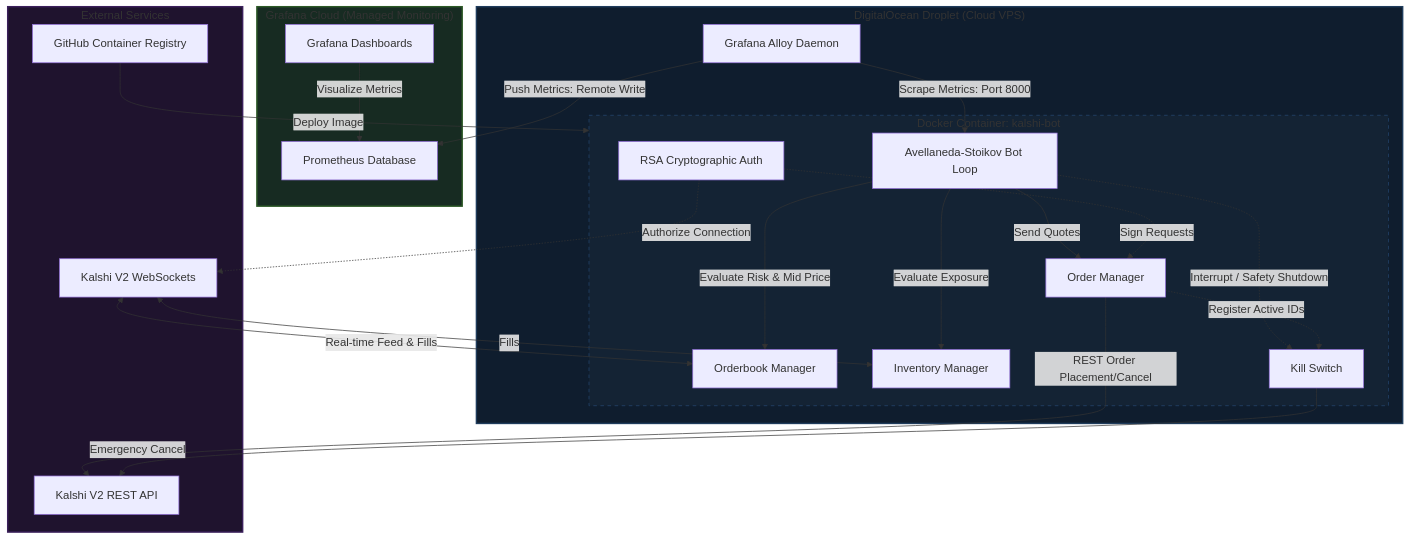
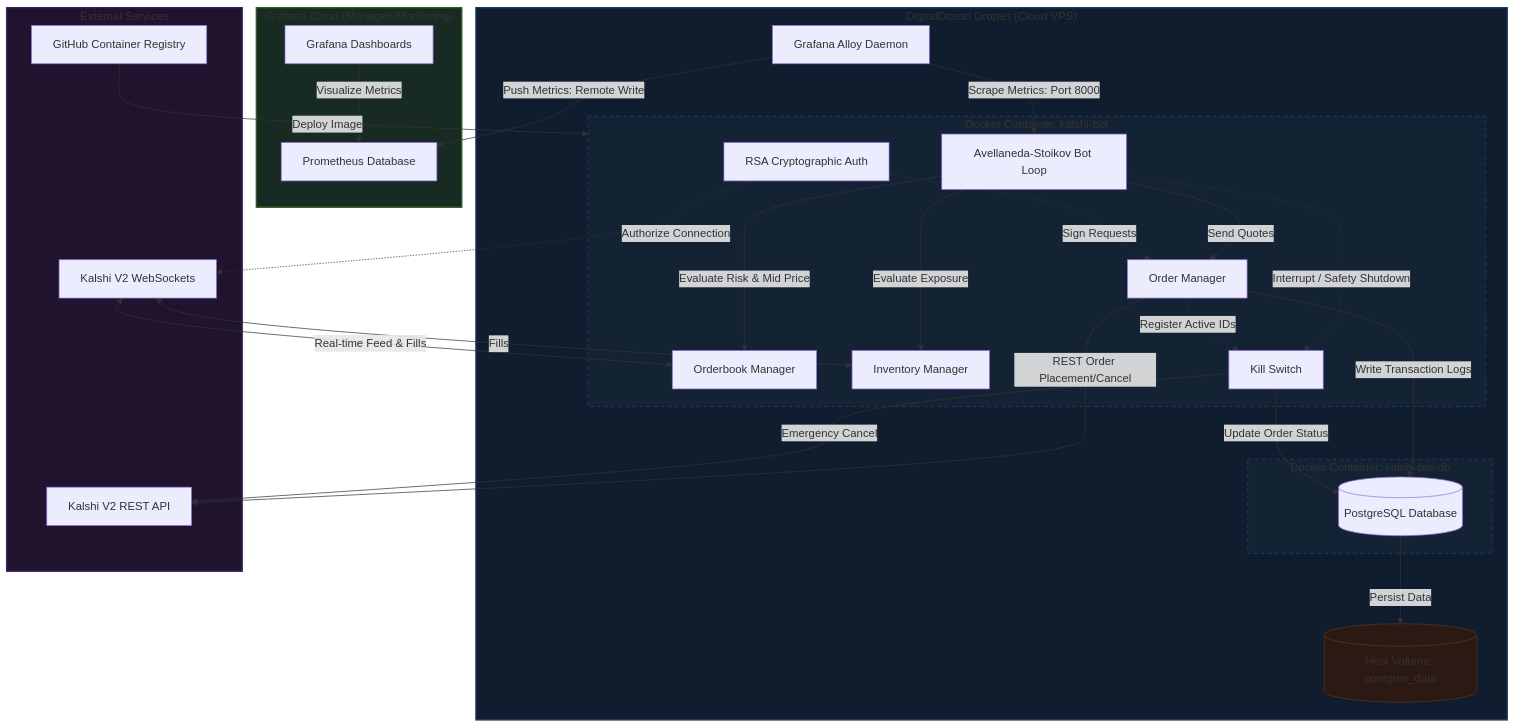
One commit to KelCodesStuff/Kalshi-Trading-Bot changed the diagram in README.md. Above: the diagram before and after it, drawn with Mermaid. The commit also changed other lines of this file, not shown here.

Commit message:
docs: add system overview, architecture diagram, and environment configuration for PostgreSQL database integration

````diff
--- a/README.md
+++ b/README.md
@@ -25,46 +32,58 @@
 ```mermaid
 graph TD
     subgraph GrafanaCloud ["Grafana Cloud (Managed Monitoring)"]
         Grafana[Grafana Dashboards] -->|Visualize Metrics| CloudProm[Prometheus Database]
     end
 
     subgraph DigitalOcean ["DigitalOcean Droplet (Cloud VPS)"]
         Alloy[Grafana Alloy Daemon]
+        DBVolume[(Host Volume: postgres_data)]
 
         subgraph DockerContainer ["Docker Container: kalshi-bot"]
             BotLoop[Avellaneda-Stoikov Bot Loop]
             OrderBook[Orderbook Manager]
             InvManager[Inventory Manager]
             OrderManager[Order Manager]
             KillSwitch[Kill Switch]
             Auth[RSA Cryptographic Auth]
+        end
+
+        subgraph DBContainer ["Docker Container: kalshi-bot-db"]
+            DB[(PostgreSQL Database)]
         end
     end
 
     subgraph External ["External Services"]
         GHCR[GitHub Container Registry] -->|Deploy Image| DockerContainer
         KalshiWS[Kalshi V2 WebSockets] <-->|Real-time Feed & Fills| OrderBook
         KalshiWS <-->|Fills| InvManager
         OrderManager -->|REST Order Placement/Cancel| KalshiREST[Kalshi V2 REST API]
         KillSwitch -->|Emergency Cancel| KalshiREST
     end
 
     %% Flow relationships inside the container
     BotLoop -->|Evaluate Risk & Mid Price| OrderBook
     BotLoop -->|Evaluate Exposure| InvManager
     BotLoop -->|Send Quotes| OrderManager
     BotLoop -.->|Interrupt / Safety Shutdown| KillSwitch
     OrderManager -.->|Register Active IDs| KillSwitch
     Auth -.->|Sign Requests| OrderManager
     Auth -.->|Authorize Connection| KalshiWS
 
+    %% Database transaction logging
+    OrderManager -->|Write Transaction Logs| DB
+    KillSwitch -->|Update Order Status| DB
+    DB -->|Persist Data| DBVolume
+
     %% Telemetry pipeline flows
     Alloy -->|Scrape Metrics: Port 8000| BotLoop
     Alloy -->|Push Metrics: Remote Write| CloudProm
 
     %% Assign styles to subgraph containers
     style GrafanaCloud fill:#172b22,stroke:#2d5a27,stroke-width:2px;
     style DigitalOcean fill:#0f1d2e,stroke:#1f3c5c,stroke-width:2px;
     style External fill:#1f132e,stroke:#3b205c,stroke-width:2px;
     style DockerContainer fill:#142334,stroke:#264870,stroke-width:1px,stroke-dasharray: 5 5;
+    style DBContainer fill:#142334,stroke:#264870,stroke-width:1px,stroke-dasharray: 5 5;
+    style DBVolume fill:#2c1913,stroke:#5c3520,stroke-width:1px;
 ```
````
